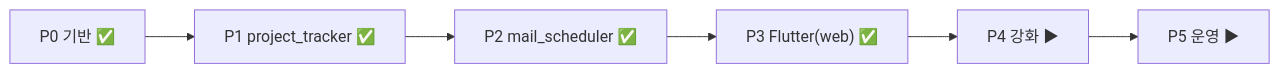
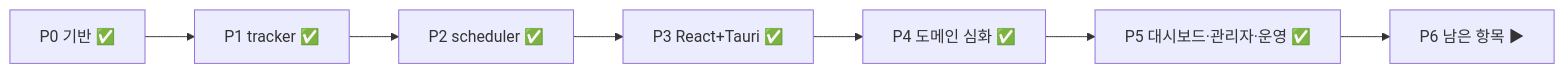
One commit to llsollu/llsollu-email-agent changed the diagram in docs/05-roadmap.md. Above: the diagram before and after it, drawn with Mermaid. The commit also changed other lines of this file and 7 other files, not shown here.

````diff
--- a/docs/05-roadmap.md
+++ b/docs/05-roadmap.md
@@ -37,4 +46,4 @@
 ```mermaid
 flowchart LR
-    P0["P0 기반 ✅"] --> P1["P1 project_tracker ✅"] --> P2["P2 mail_scheduler ✅"] --> P3["P3 Flutter(web) ✅"] --> P4["P4 강화 ▶"] --> P5["P5 운영 ▶"]
+    P0["P0 기반 ✅"] --> P1["P1 tracker ✅"] --> P2["P2 scheduler ✅"] --> P3["P3 React+Tauri ✅"] --> P4["P4 도메인 심화 ✅"] --> P5["P5 대시보드·관리자·운영 ✅"] --> P6["P6 남은 항목 ▶"]
 ```
````
